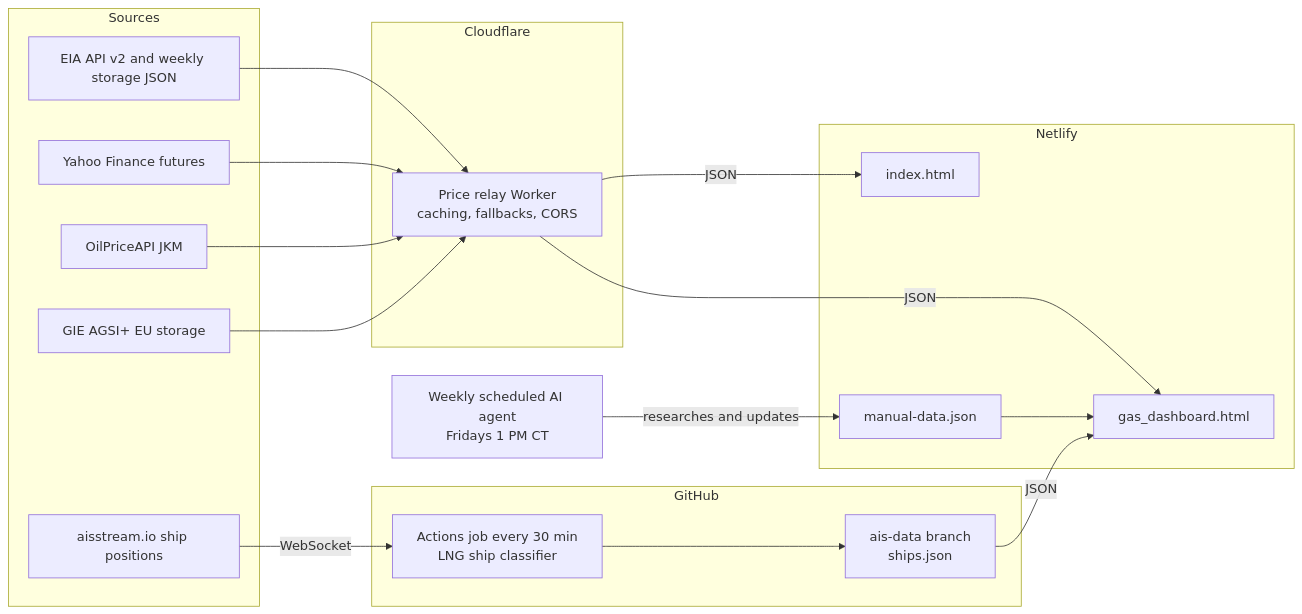
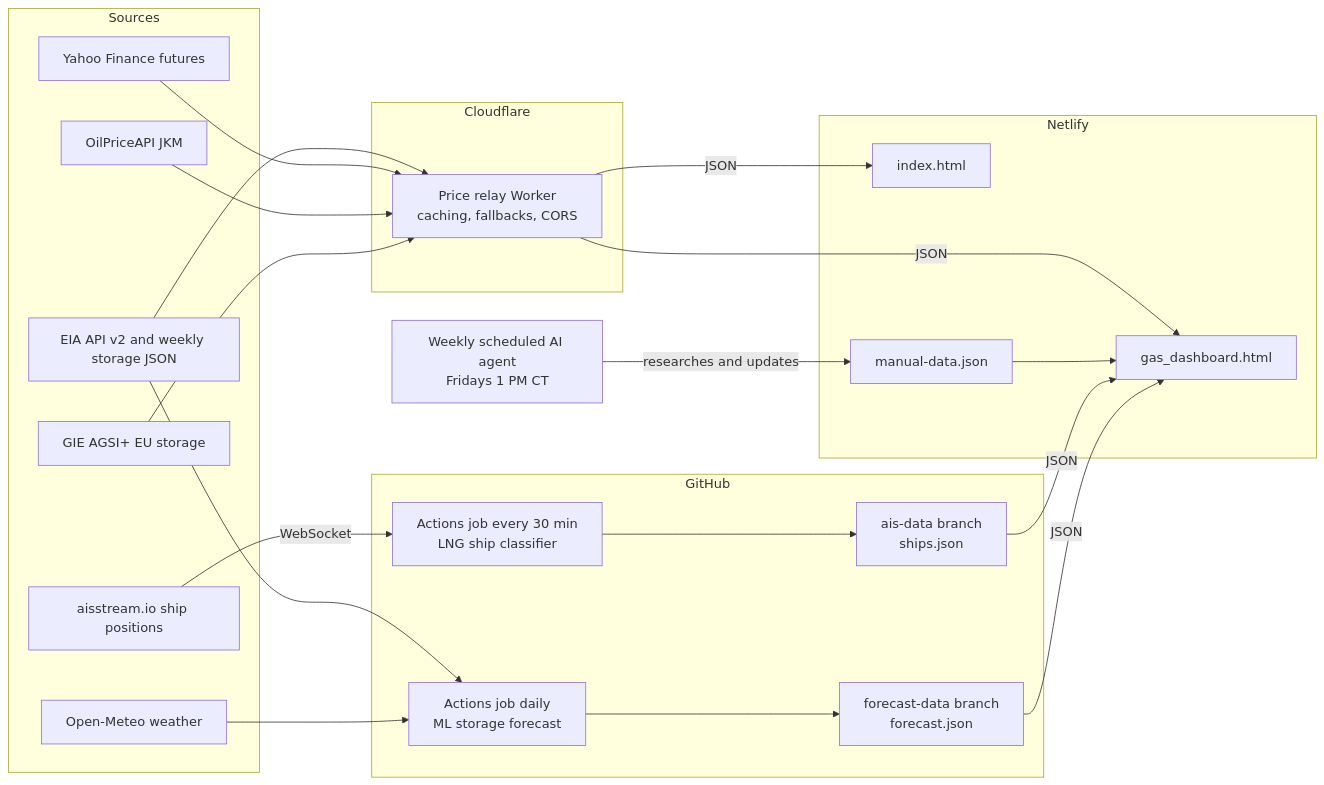
One commit to sanjoconsult/sanjo-gas-dashboard changed the diagram in README.md. Above: the diagram before and after it, drawn with Mermaid. The commit also changed other lines of this file and 5 other files, not shown here.

First line of the commit message:
Show ML storage forecast on the Storage tab; model card

````diff
--- a/README.md
+++ b/README.md
@@ -12,31 +12,36 @@
 ```mermaid
 flowchart LR
   subgraph Sources
     EIA[EIA API v2 and weekly storage JSON]
     Y[Yahoo Finance futures]
     OPA[OilPriceAPI JKM]
     GIE[GIE AGSI+ EU storage]
     AIS[aisstream.io ship positions]
+    OM[Open-Meteo weather]
   end
   subgraph GitHub
     A[Actions job every 30 min<br/>LNG ship classifier]
     B[ais-data branch<br/>ships.json]
+    F[Actions job daily<br/>ML storage forecast]
+    G[forecast-data branch<br/>forecast.json]
   end
   subgraph Cloudflare
     R[Price relay Worker<br/>caching, fallbacks, CORS]
   end
   subgraph Netlify
     H[index.html]
     D[gas_dashboard.html]
     M[manual-data.json]
   end
   W[Weekly scheduled AI agent<br/>Fridays 1 PM CT] -->|researches and updates| M
   EIA --> R
   Y --> R
   OPA --> R
   GIE --> R
   R -->|JSON| H
   R -->|JSON| D
   M --> D
   AIS -->|WebSocket| A --> B -->|JSON| D
+  EIA --> F
+  OM --> F --> G -->|JSON| D
 ```
````
